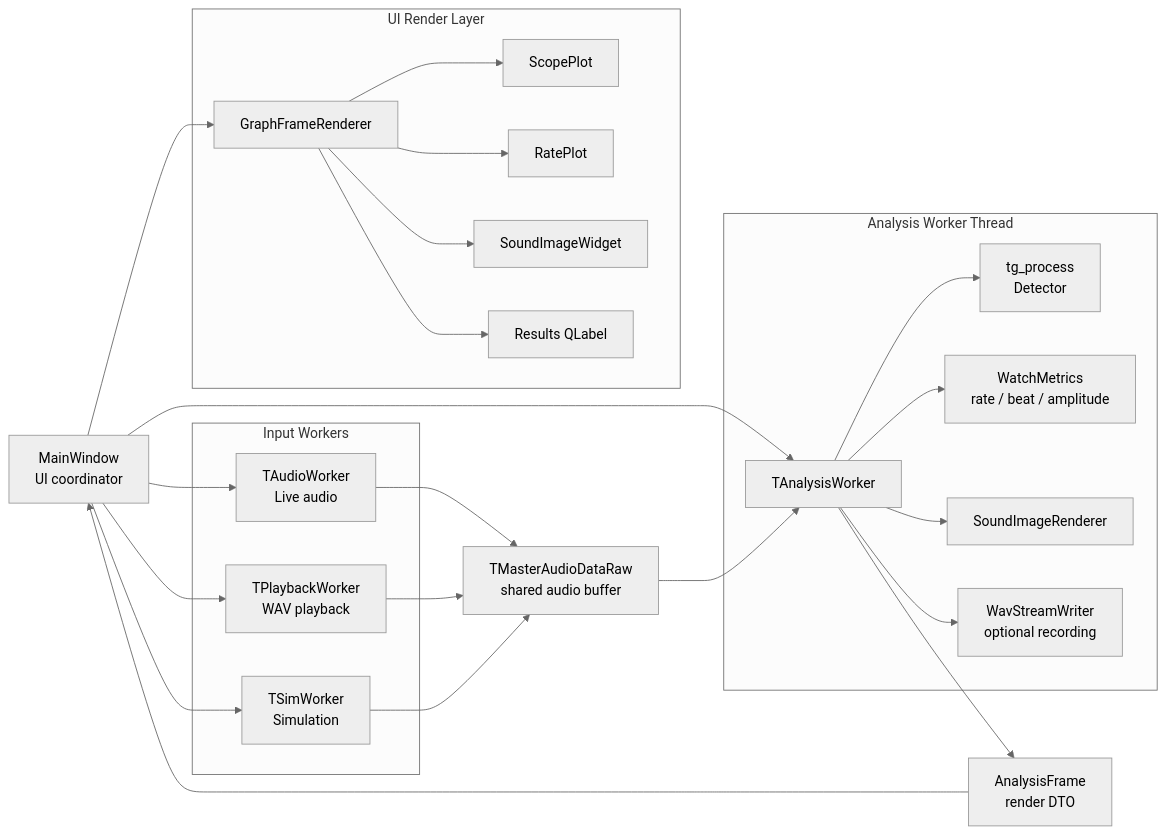
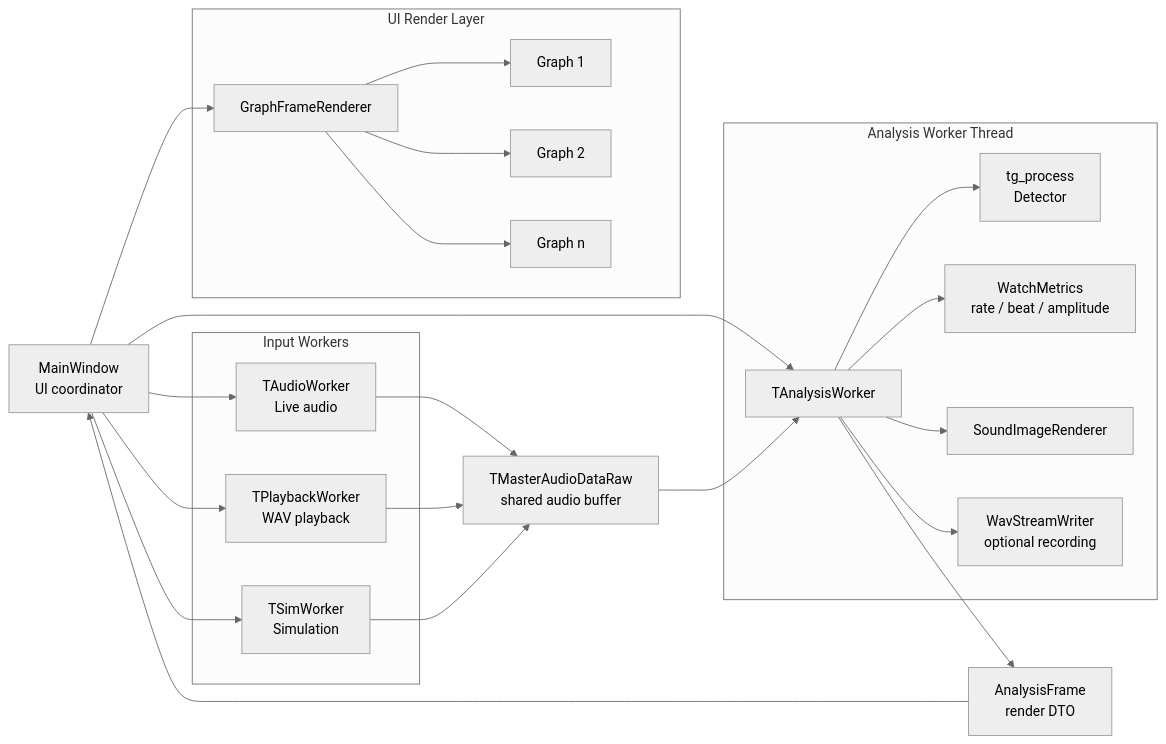
One commit to lgcmu2026-team5/TimeGrapher-Docs changed the first of 2 diagrams in Milestone1/approches_draft.md. Above: the diagram before and after it, drawn with Mermaid (neutral theme).

Commit message:
Revise UI Render Layer components in approaches draft
Updated UI Render Layer components in the draft.

````diff
--- a/Milestone1/approches_draft.md
+++ b/Milestone1/approches_draft.md
@@ -9,53 +9,51 @@
 ```mermaid
 flowchart LR
     MW[MainWindow<br/>UI coordinator]
 
     subgraph Input["Input Workers"]
         AW[TAudioWorker<br/>Live audio]
         PW[TPlaybackWorker<br/>WAV playback]
         SW[TSimWorker<br/>Simulation]
     end
 
     BUF[TMasterAudioDataRaw<br/>shared audio buffer]
 
     subgraph Analysis["Analysis Worker Thread"]
         AN[TAnalysisWorker]
         TG[tg_process<br/>Detector]
         WM[WatchMetrics<br/>rate / beat / amplitude]
         SR[SoundImageRenderer]
         WAV[WavStreamWriter<br/>optional recording]
     end
 
     DTO[AnalysisFrame<br/>render DTO]
 
     subgraph Render["UI Render Layer"]
         GR[GraphFrameRenderer]
-        SCP[ScopePlot]
-        RTP[RatePlot]
-        IMG[SoundImageWidget]
-        RES[Results QLabel]
+        SCP[Graph 1]
+        RTP[Graph 2]
+        IMG[Graph n]
     end
 
     AW --> BUF
     PW --> BUF
     SW --> BUF
 
     MW --> AW
     MW --> PW
     MW --> SW
     MW --> AN
 
     BUF --> AN
     AN --> TG
     AN --> WM
     AN --> SR
     AN --> WAV
     AN --> DTO
 
     DTO --> MW
     MW --> GR
     GR --> SCP
     GR --> RTP
     GR --> IMG
-    GR --> RES
 ```
````
